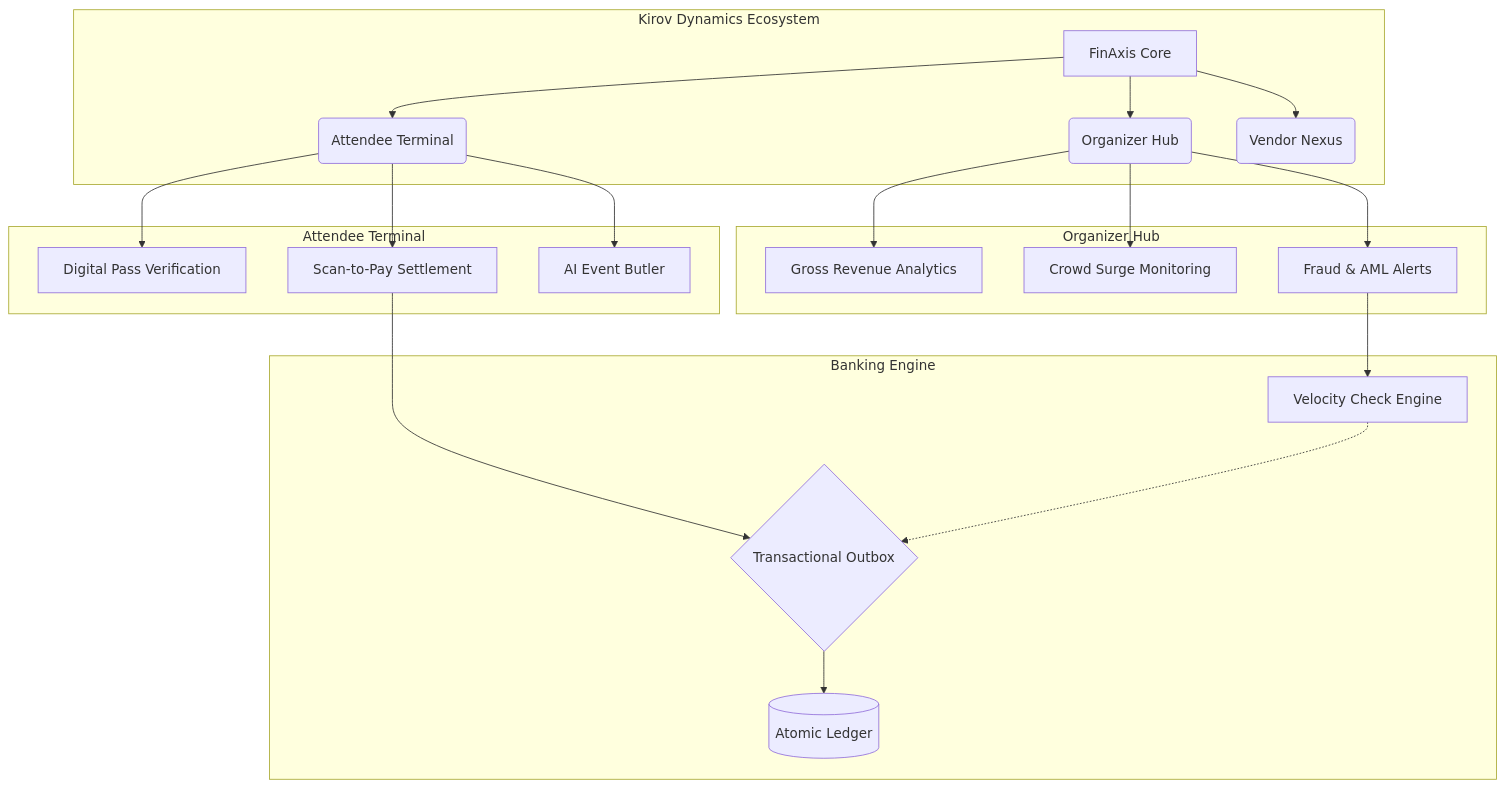
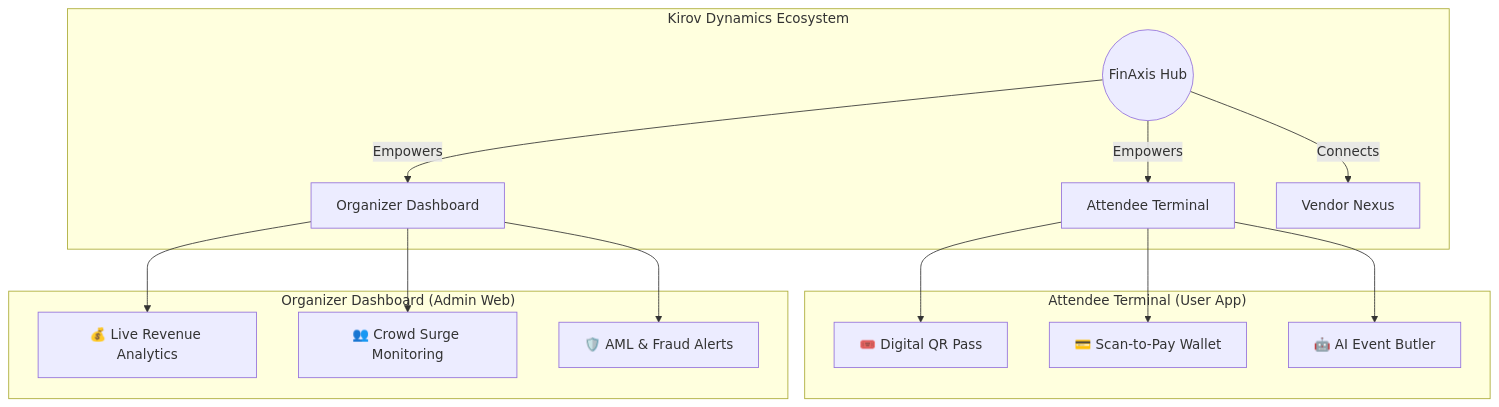
Before and after one commit to Raphasha27/finaxis-app: the first of 2 diagrams in README.md, drawn with Mermaid. The commit also changed other lines of this file, not shown here.

Commit message:
docs: massive README upgrade with live Vercel links, clearer diagrams, and Supabase roadmap

````diff
--- a/README.md
+++ b/README.md
@@ -20,27 +24,21 @@
 ```mermaid
 graph TD
-    subgraph Kirov Dynamics Ecosystem
-        A[FinAxis Core] --> B(Attendee Terminal);
-        A --> C(Organizer Hub);
-        A --> D(Vendor Nexus);
+    subgraph "Kirov Dynamics Ecosystem"
+        Core((FinAxis Hub))
+        Core --> |Empowers| Attendee[Attendee Terminal]
+        Core --> |Empowers| Organizer[Organizer Dashboard]
+        Core --> |Connects| Vendor[Vendor Nexus]
     end
 
-    subgraph Attendee Terminal
-        B --> B1[Digital Pass Verification];
-        B --> B2[Scan-to-Pay Settlement];
-        B --> B3[AI Event Butler];
+    subgraph "Attendee Terminal (User App)"
+        Attendee --> Pass[🎟️ Digital QR Pass]
+        Attendee --> Pay[💳 Scan-to-Pay Wallet]
+        Attendee --> AI[🤖 AI Event Butler]
     end
 
-    subgraph Organizer Hub
-        C --> C1[Gross Revenue Analytics];
-        C --> C2[Crowd Surge Monitoring];
-        C --> C3[Fraud & AML Alerts];
-    end
-
-    subgraph Banking Engine
-        B2 --> E{Transactional Outbox};
-        E --> F[(Atomic Ledger)];
-        C3 --> G[Velocity Check Engine];
-        G -.-> E;
+    subgraph "Organizer Dashboard (Admin Web)"
+        Organizer --> Revenue[💰 Live Revenue Analytics]
+        Organizer --> Crowd[👥 Crowd Surge Monitoring]
+        Organizer --> Fraud[🛡️ AML & Fraud Alerts]
     end
 ```
````
